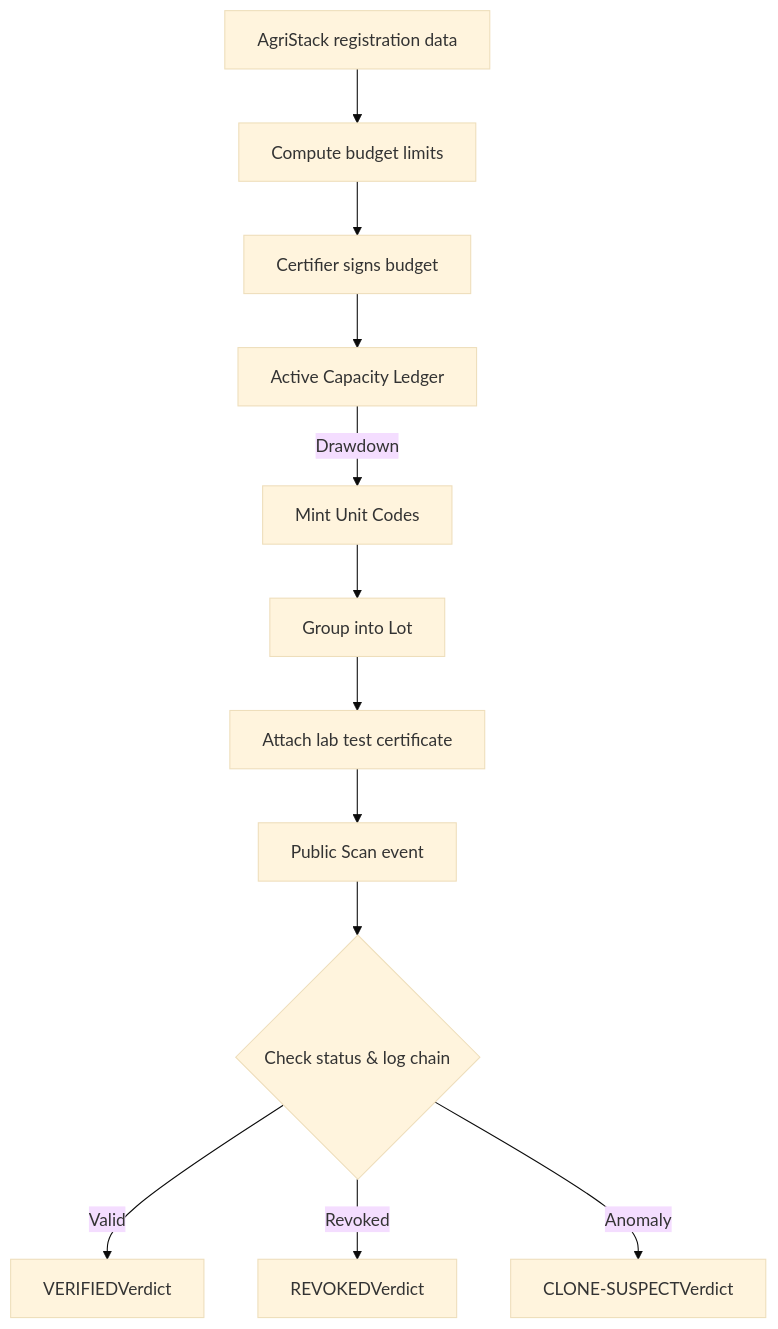
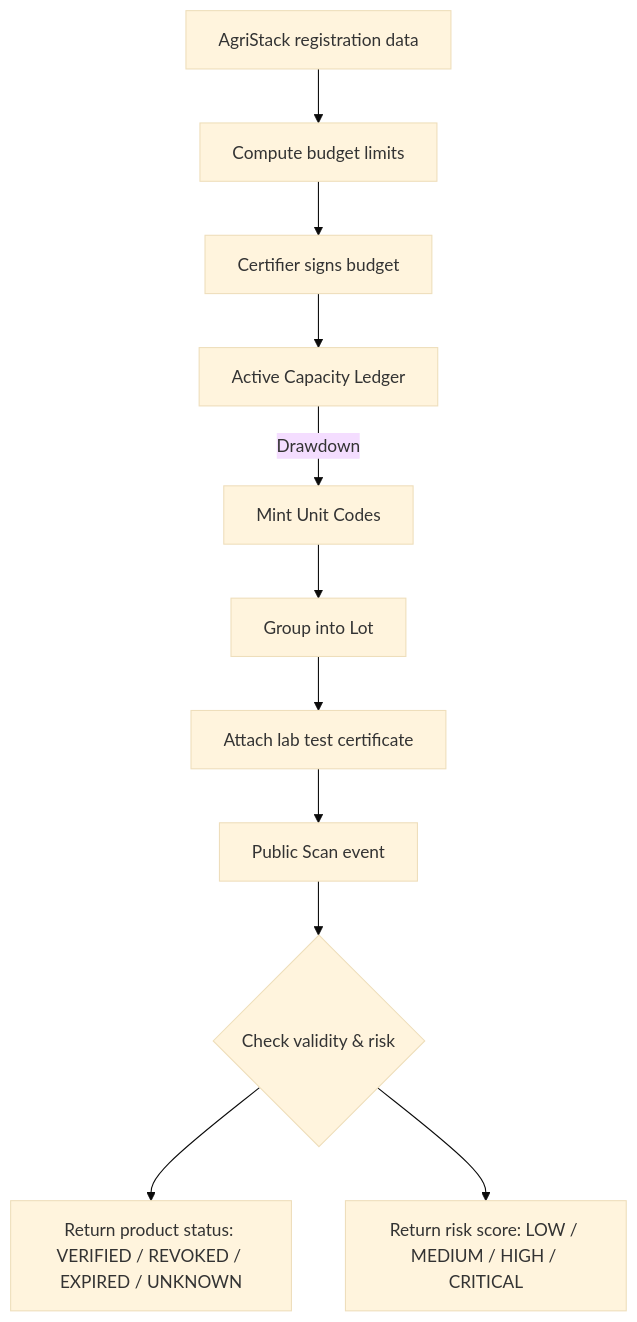
The first of 6 diagrams in architecture/sequence/DATA_FLOW.md (Nandu1729/CapMint), drawn with Mermaid (base theme) before and after one commit. The commit also changed other lines of this file and 7 other files, not shown here.

Commit message:
refactor: replace clone detection with Verification + Risk Assessment + Human Review model in architecture docs

````diff
--- a/architecture/sequence/DATA_FLOW.md
+++ b/architecture/sequence/DATA_FLOW.md
@@ -46,14 +46,13 @@
 ```mermaid
 flowchart TD
     A[AgriStack registration data] --> B[Compute budget limits]
     B --> C[Certifier signs budget]
     C --> D[Active Capacity Ledger]
     D -->|Drawdown| E[Mint Unit Codes]
     E --> F[Group into Lot]
     F --> G[Attach lab test certificate]
     G --> H[Public Scan event]
-    H --> I{Check status & log chain}
-    I -- Valid --> J[VERIFIEDVerdict]
-    I -- Revoked --> K[REVOKEDVerdict]
-    I -- Anomaly --> L[CLONE-SUSPECTVerdict]
+    H --> I{Check validity & risk}
+    I --> J[Return product status: VERIFIED / REVOKED / EXPIRED / UNKNOWN]
+    I --> K[Return risk score: LOW / MEDIUM / HIGH / CRITICAL]
 ```
````
